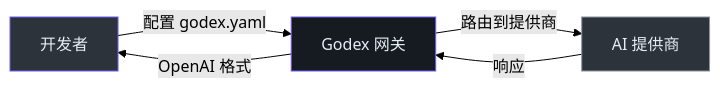
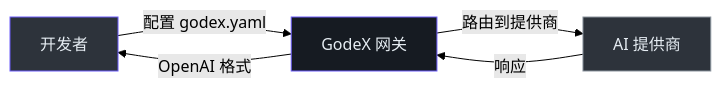
Before and after one commit to zamelee/GodeX: the diagram in wiki/zh/onboarding/product-manager-guide.md, drawn with Mermaid (forest theme). The commit also changed other lines of this file and 96 other files, not shown here.

First line of the commit message:
refactor: Rename project from Godex to GodeX (#44)

````diff
--- a/wiki/zh/onboarding/product-manager-guide.md
+++ b/wiki/zh/onboarding/product-manager-guide.md
@@ -14,11 +14,11 @@
 ```mermaid
 graph LR
-    DEV["开发者"] -->|"配置 godex.yaml"| GODEX["Godex 网关"]
+    DEV["开发者"] -->|"配置 godex.yaml"| GODEX["GodeX 网关"]
     GODEX -->|"路由到提供商"| PROVIDER["AI 提供商"]
     PROVIDER -->|"响应"| GODEX
     GODEX -->|"OpenAI 格式"| DEV
 
     style DEV fill:#2d333b,stroke:#6d5dfc,color:#e6edf3
     style GODEX fill:#161b22,stroke:#6d5dfc,color:#e6edf3
     style PROVIDER fill:#2d333b,stroke:#8b949e,color:#e6edf3
 ```
````
